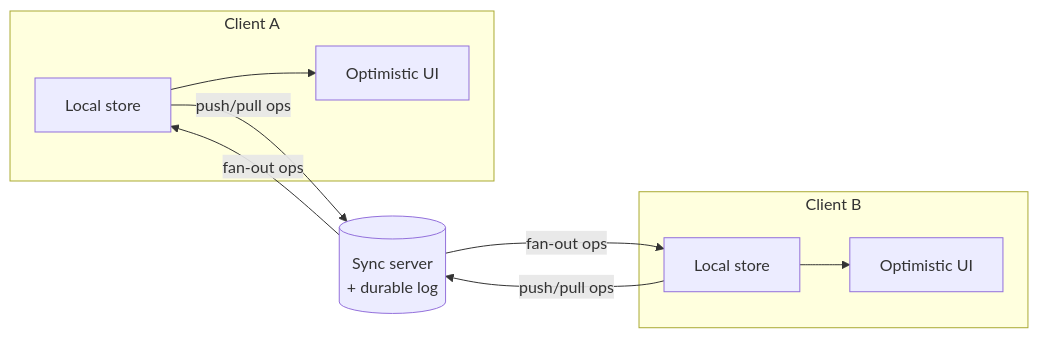
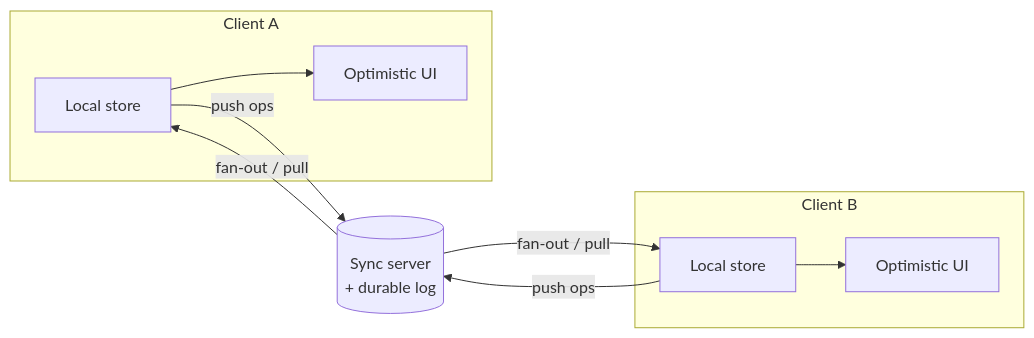
Before and after one commit to AndrewAltimit/Documentation: the first of 5 diagrams in github-pages/docs/distributed-systems/client-side-consistency.md, drawn with Mermaid. The commit also changed other lines of this file and 240 other files, not shown here.

````diff
--- a/github-pages/docs/distributed-systems/client-side-consistency.md
+++ b/github-pages/docs/distributed-systems/client-side-consistency.md
@@ -26,13 +27,13 @@
 ```mermaid
 flowchart LR
-    subgraph Client A
+    subgraph ClientA["Client A"]
       LA[Local store] --> OA[Optimistic UI]
     end
-    subgraph Client B
+    subgraph ClientB["Client B"]
       LB[Local store] --> OB[Optimistic UI]
     end
-    LA -- "push/pull ops" --> S[(Sync server<br/>+ durable log)]
-    LB -- "push/pull ops" --> S
-    S -- "fan-out ops" --> LA
-    S -- "fan-out ops" --> LB
+    LA -- "push ops" --> S[(Sync server<br/>+ durable log)]
+    LB -- "push ops" --> S
+    S -- "fan-out / pull" --> LA
+    S -- "fan-out / pull" --> LB
 ```
````
